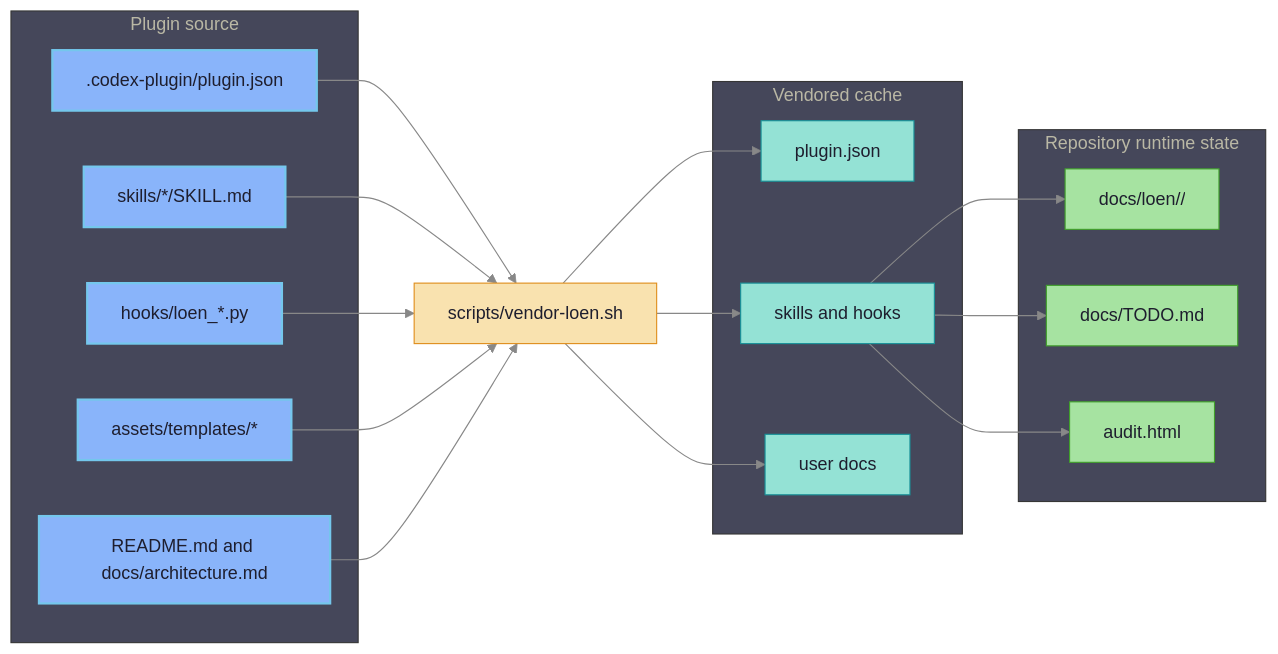
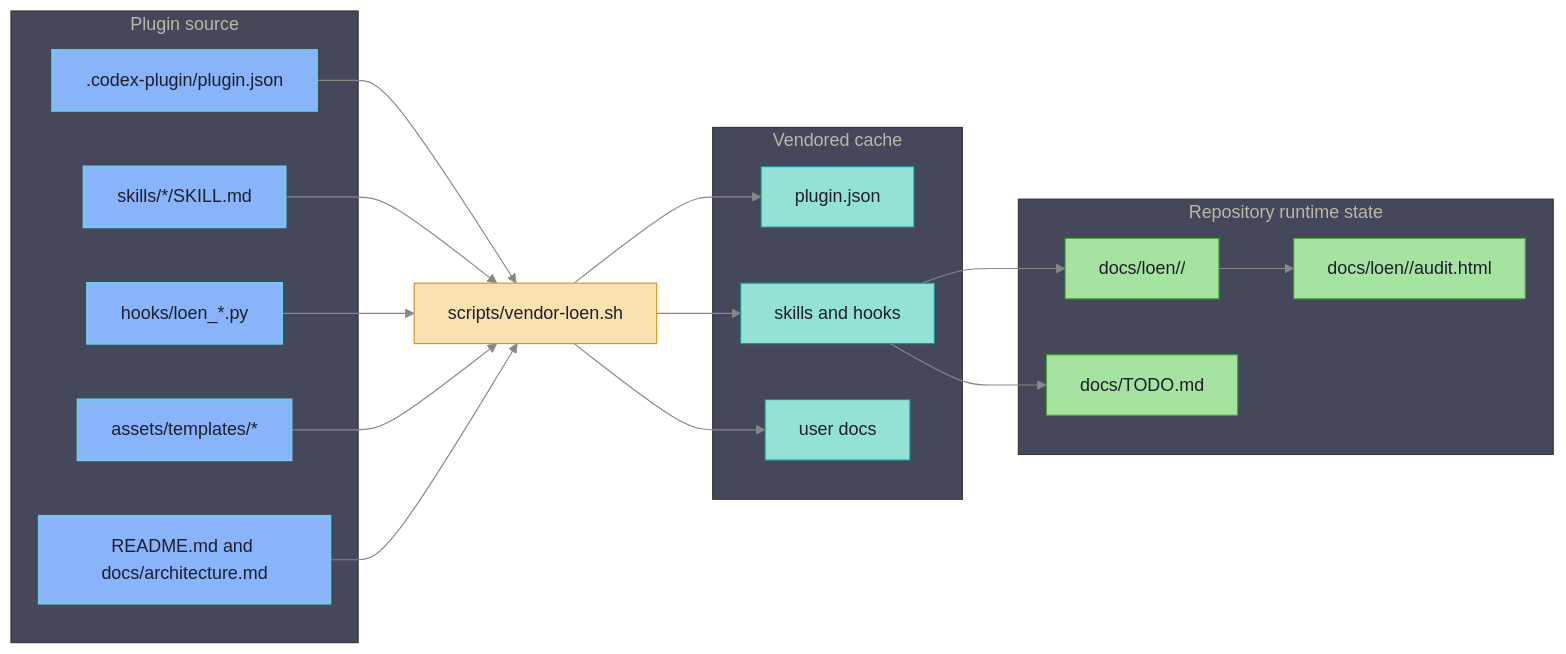
One commit to ikeniborn/icodex changed the first of 3 diagrams in plugins/loen/docs/architecture.md. Above: the diagram before and after it, drawn with Mermaid. The commit also changed other lines of this file and 2 other files, not shown here.

Commit message:
docs(loen): label topic audit artifact

````diff
--- a/plugins/loen/docs/architecture.md
+++ b/plugins/loen/docs/architecture.md
@@ -8,46 +8,46 @@
 ```mermaid
 %%{init: {'theme': 'base', 'themeVariables': {'background': '#1e1e2e', 'primaryColor': '#313244', 'primaryTextColor': '#cdd6f4', 'primaryBorderColor': '#89b4fa', 'lineColor': '#888888', 'secondaryColor': '#181825', 'tertiaryColor': '#45475a'}}}%%
 flowchart LR
     subgraph src["Plugin source"]
         Manifest[".codex-plugin/plugin.json"]
         Skills["skills/*/SKILL.md"]
         Hooks["hooks/loen_*.py"]
         Templates["assets/templates/*"]
         Docs["README.md and docs/architecture.md"]
     end
 
     Vendor["scripts/vendor-loen.sh"]
 
     subgraph cache["Vendored cache"]
         CacheManifest["plugin.json"]
         CacheSkills["skills and hooks"]
         CacheDocs["user docs"]
     end
 
     subgraph runtime["Repository runtime state"]
         Topic["docs/loen/<topic>/"]
+        TopicAudit["docs/loen/<topic>/audit.html"]
         Todo["docs/TODO.md"]
-        Audit["audit.html"]
     end
 
     Manifest --> Vendor
     Skills --> Vendor
     Hooks --> Vendor
     Templates --> Vendor
     Docs --> Vendor
     Vendor --> CacheManifest
     Vendor --> CacheSkills
     Vendor --> CacheDocs
     CacheSkills --> Topic
+    Topic --> TopicAudit
     CacheSkills --> Todo
-    CacheSkills --> Audit
 
     classDef source fill:#89b4fa,color:#1e1e2e,stroke:#74c7ec,stroke-width:2px
     classDef process fill:#f9e2af,color:#1e1e2e,stroke:#df8e1d
     classDef cache fill:#94e2d5,color:#1e1e2e,stroke:#179299
     classDef runtime fill:#a6e3a1,color:#1e1e2e,stroke:#40a02b
     class Manifest,Skills,Hooks,Templates,Docs source
     class Vendor process
     class CacheManifest,CacheSkills,CacheDocs cache
-    class Topic,Todo,Audit runtime
+    class Topic,TopicAudit,Todo runtime
 ```
````
